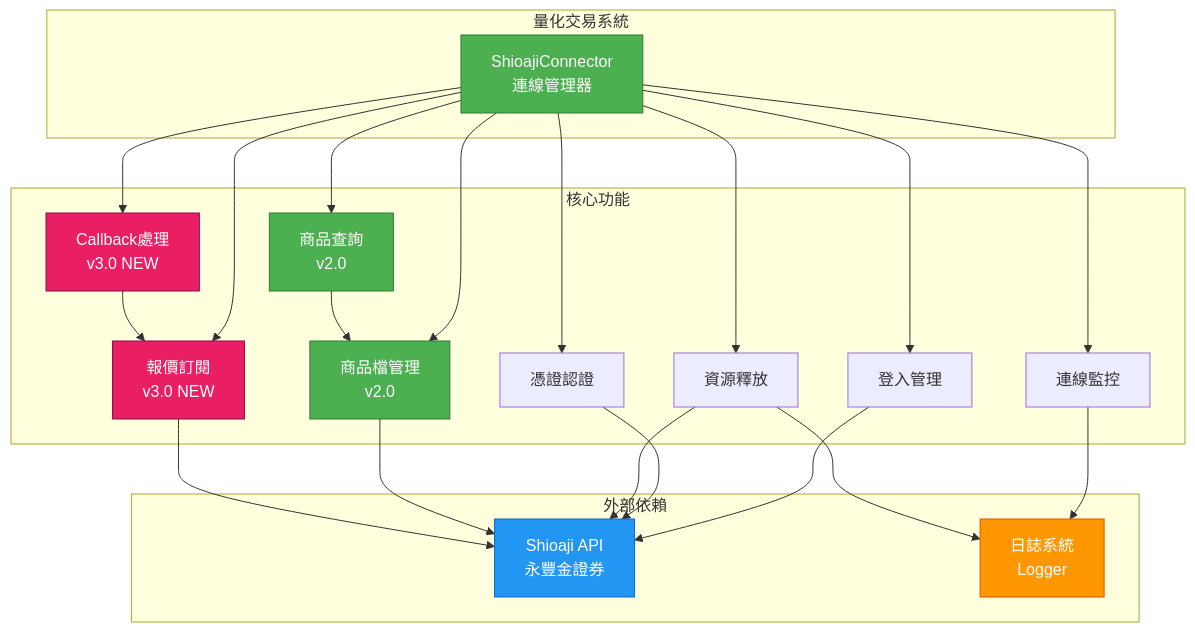
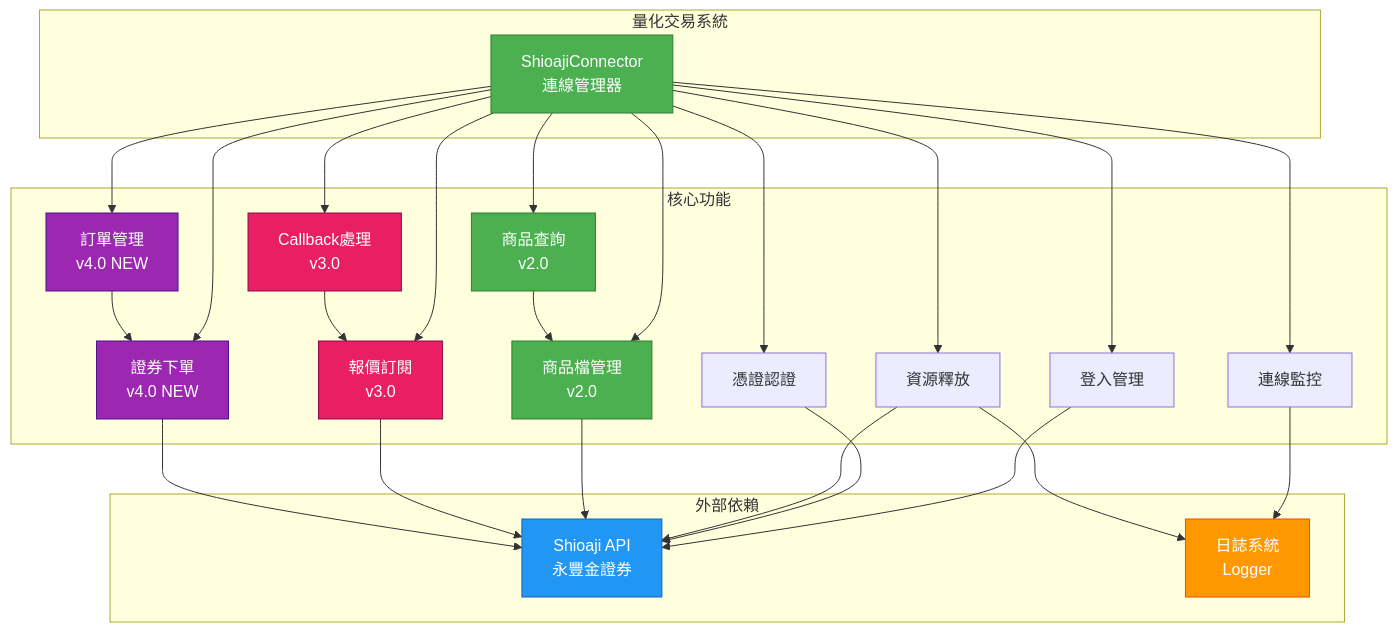
Before and after one commit to wu02067602/sample-trading: the fifth of 12 diagrams in 類別圖.md, drawn with Mermaid. The commit also changed other lines of this file and 3 other files, not shown here.

````diff
--- a/類別圖.md
+++ b/類別圖.md
@@ -228,49 +267,57 @@
 ```mermaid
 graph TB
     subgraph 量化交易系統
         A[ShioajiConnector<br/>連線管理器]
     end
     
     subgraph 核心功能
         B[登入管理]
         C[憑證認證]
         D[連線監控]
         E[資源釋放]
         H[商品檔管理<br/>v2.0]
         I[商品查詢<br/>v2.0]
-        J[報價訂閱<br/>v3.0 NEW]
-        K[Callback處理<br/>v3.0 NEW]
+        J[報價訂閱<br/>v3.0]
+        K[Callback處理<br/>v3.0]
+        L[證券下單<br/>v4.0 NEW]
+        M[訂單管理<br/>v4.0 NEW]
     end
     
     subgraph 外部依賴
         F[Shioaji API<br/>永豐金證券]
         G[日誌系統<br/>Logger]
     end
     
     A --> B
     A --> C
     A --> D
     A --> E
     A --> H
     A --> I
     A --> J
     A --> K
+    A --> L
+    A --> M
     
     B --> F
     C --> F
     D --> G
     E --> F
     E --> G
     H --> F
     I --> H
     J --> F
     K --> J
+    L --> F
+    M --> L
     
     style A fill:#4CAF50,stroke:#2E7D32,color:#fff
     style F fill:#2196F3,stroke:#1565C0,color:#fff
     style G fill:#FF9800,stroke:#E65100,color:#fff
     style H fill:#4CAF50,stroke:#2E7D32,color:#fff
     style I fill:#4CAF50,stroke:#2E7D32,color:#fff
     style J fill:#E91E63,stroke:#880E4F,color:#fff
     style K fill:#E91E63,stroke:#880E4F,color:#fff
+    style L fill:#9C27B0,stroke:#4A148C,color:#fff
+    style M fill:#9C27B0,stroke:#4A148C,color:#fff
 ```
````
